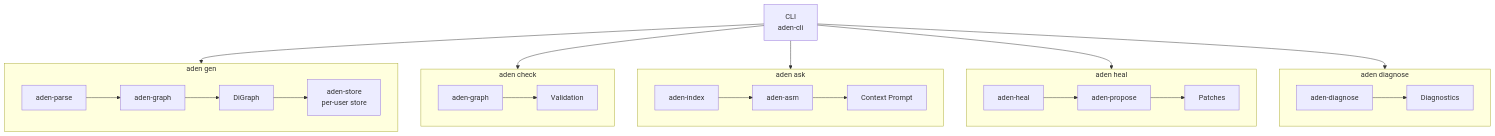
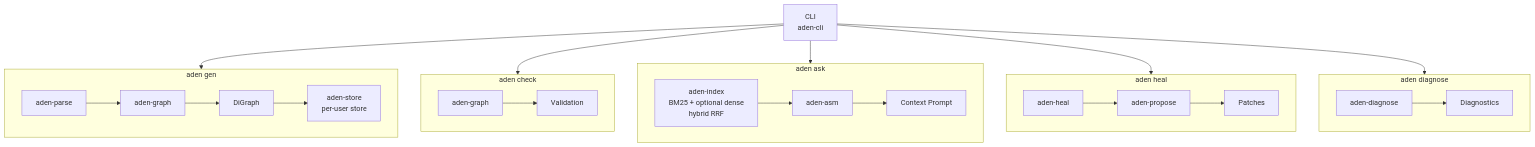
The fourth of 4 diagrams in docs/architecture.adoc (RioPlay/aden), drawn with Mermaid before and after one commit. The commit also changed other lines of this file and 7 other files, not shown here.

```diff
--- a/docs/architecture.adoc
+++ b/docs/architecture.adoc
@@ -290,32 +292,32 @@
 [mermaid, data-flow, svg]
 ----
 flowchart TD
     CLI[CLI<br/>aden-cli]
 
     subgraph gen[aden gen]
         P1[aden-parse] --> G[aden-graph] --> DG[DiGraph]
         DG --> ST[aden-store<br/>per-user store]
     end
 
     subgraph check[aden check]
         G2[aden-graph] --> V[Validation]
     end
 
     subgraph ask[aden ask]
-        I[aden-index] --> A[aden-asm] --> CP[Context Prompt]
+        I[aden-index<br/>BM25 + optional dense<br/>hybrid RRF] --> A[aden-asm] --> CP[Context Prompt]
     end
 
     subgraph heal[aden heal]
         H[aden-heal] --> PR[aden-propose] --> PA[Patches]
     end
 
     subgraph diagnose[aden diagnose]
         DI[aden-diagnose] --> DR[Diagnostics]
     end
 
     CLI --> gen
     CLI --> check
     CLI --> ask
     CLI --> heal
     CLI --> diagnose
 ----
```
